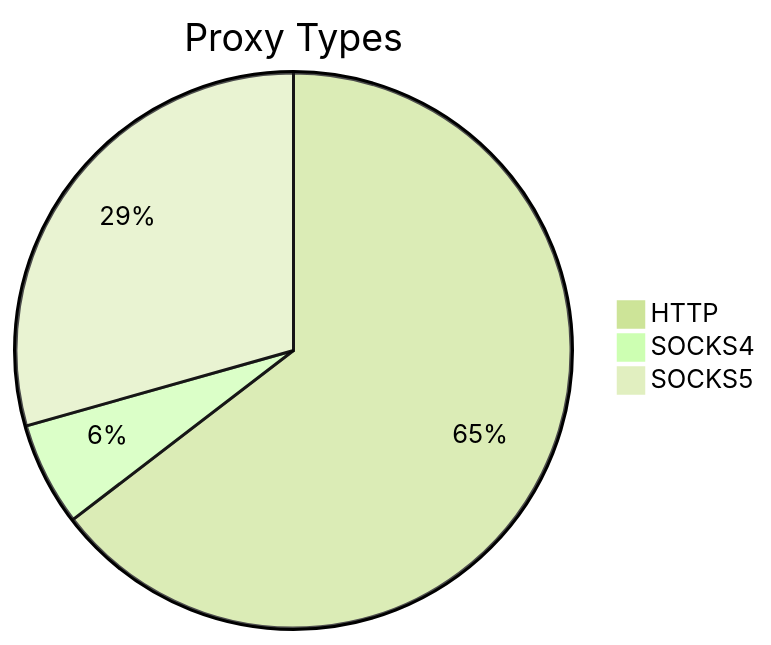
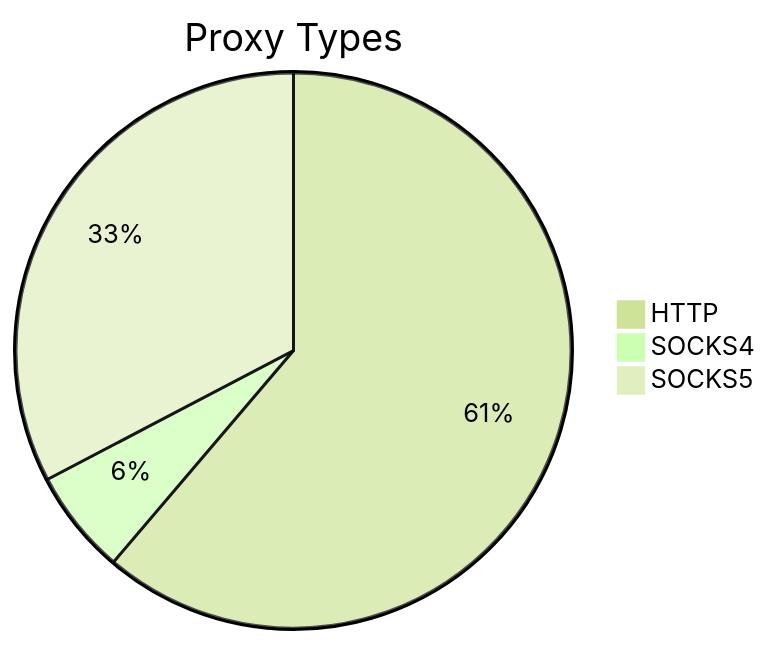
The first of 2 diagrams in README.md (stormsia/proxy-list), drawn with Mermaid (forest theme) before and after one commit. The commit also changed other lines of this file, not shown here.

````diff
--- a/README.md
+++ b/README.md
@@ -21,6 +21,6 @@
 ```mermaid
 pie title Proxy Types
-    "HTTP" : 332
-    "SOCKS4" : 31
-    "SOCKS5" : 151
+    "HTTP" : 281
+    "SOCKS4" : 28
+    "SOCKS5" : 150
 ```
````
